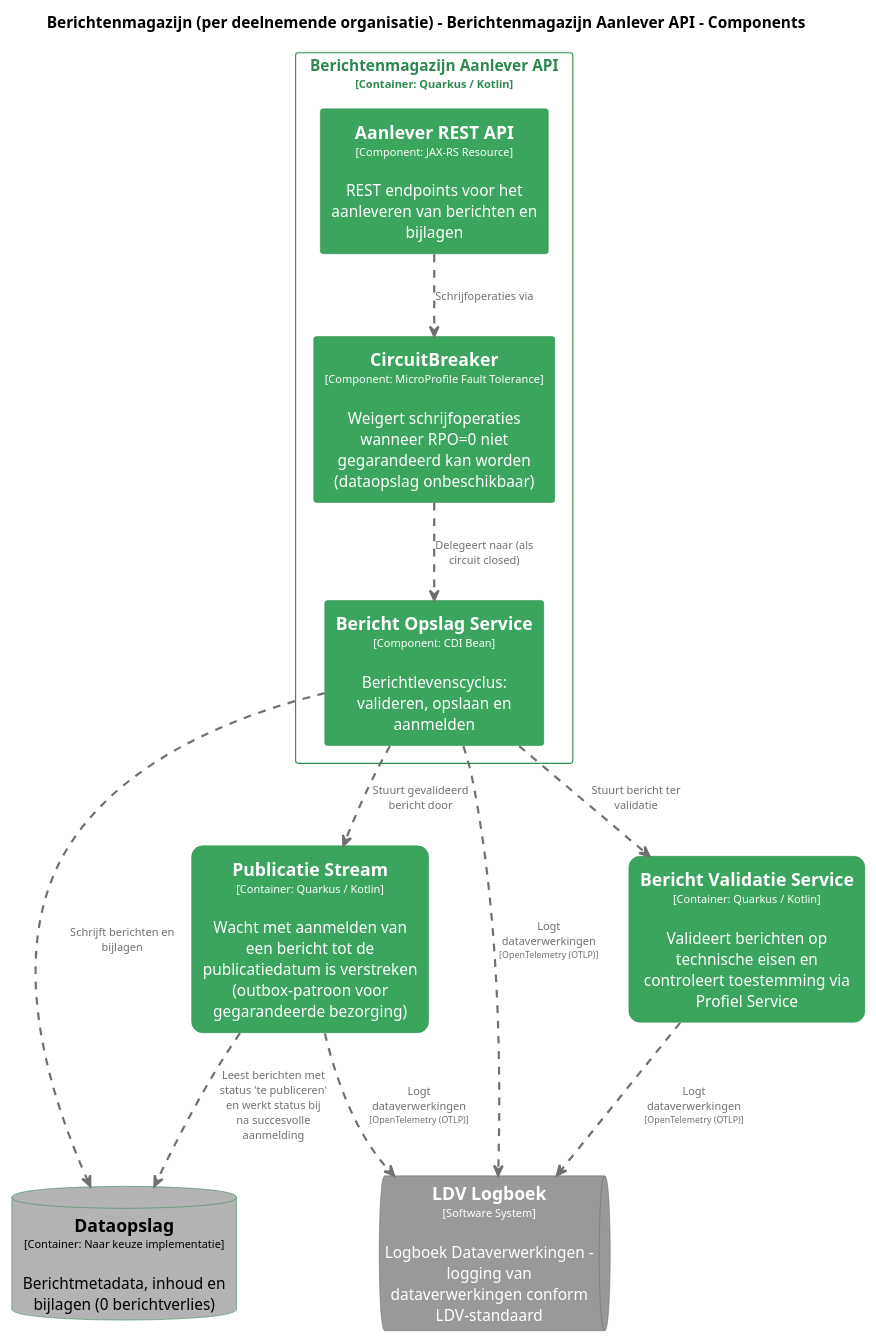
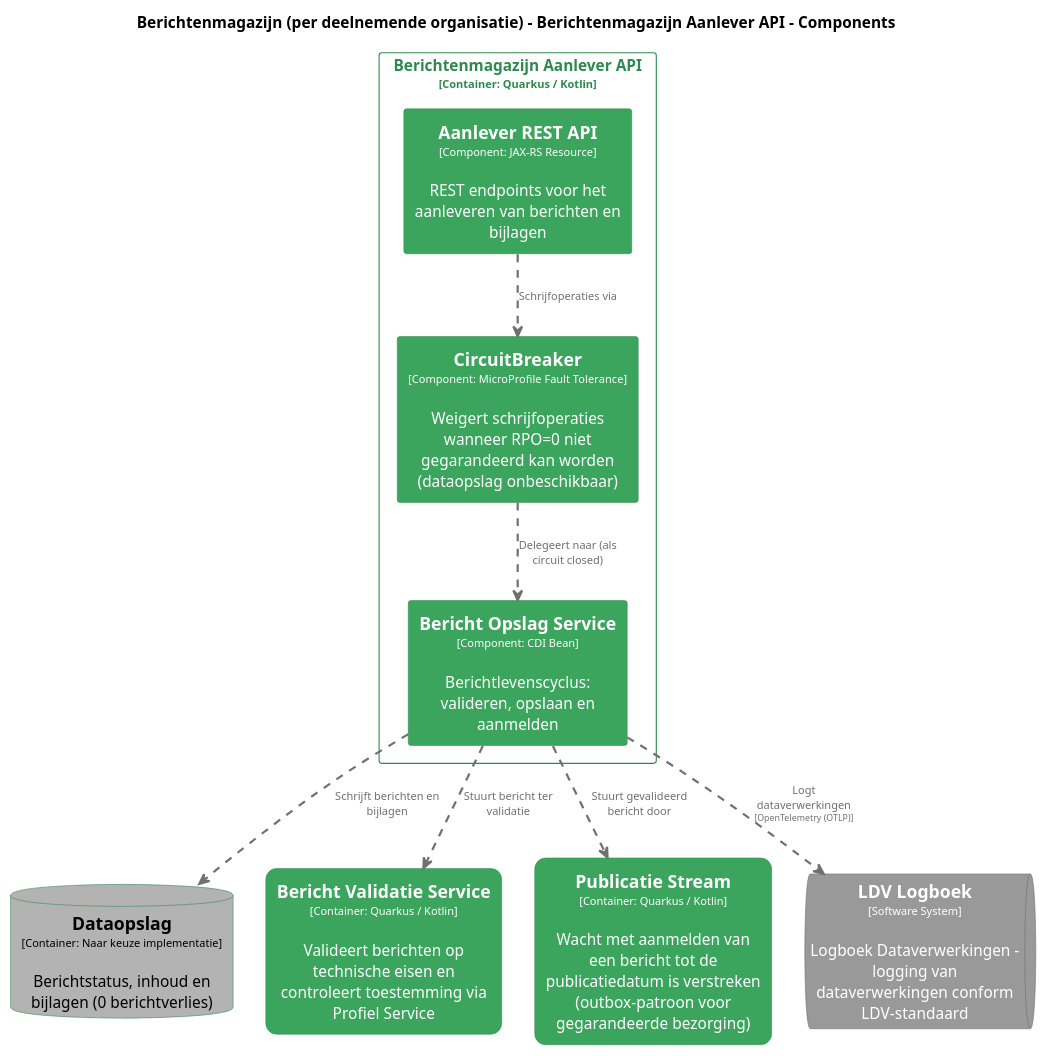
Before and after one commit to MinBZK/moza-poc-fbs-berichtenbox: the diagram in pr-preview/pr-22/master/puml/AanleverAPIComponenten.puml, drawn with PlantUML. The commit also changed 51 other files, not shown here.

```diff
--- a/pr-preview/pr-22/master/puml/AanleverAPIComponenten.puml
+++ b/pr-preview/pr-22/master/puml/AanleverAPIComponenten.puml
@@ -1,88 +1,85 @@
 @startuml
 set separator none
 title Berichtenmagazijn (per deelnemende organisatie) - Berichtenmagazijn Aanlever API - Components
 
 top to bottom direction
 skinparam ranksep 60
 skinparam nodesep 30
 
 skinparam {
   arrowFontSize 10
   defaultTextAlignment center
   wrapWidth 200
   maxMessageSize 100
 }
 
 hide stereotype
 
 skinparam rectangle<<Berichtenmagazijnperdeelnemendeorganisatie.BerichtenmagazijnAanleverAPI.AanleverRESTAPI>> {
   BackgroundColor #3ba55d
   FontColor #ffffff
   BorderColor #2d8a4e
   shadowing false
 }
 skinparam rectangle<<Berichtenmagazijnperdeelnemendeorganisatie.BerichtenmagazijnAanleverAPI.BerichtOpslagService>> {
   BackgroundColor #3ba55d
   FontColor #ffffff
   BorderColor #2d8a4e
   shadowing false
 }
 skinparam rectangle<<Berichtenmagazijnperdeelnemendeorganisatie.BerichtValidatieService>> {
   BackgroundColor #3ba55d
   FontColor #ffffff
   BorderColor #2d8a4e
   roundCorner 20
   shadowing false
 }
 skinparam rectangle<<Berichtenmagazijnperdeelnemendeorganisatie.BerichtenmagazijnAanleverAPI.CircuitBreaker>> {
   BackgroundColor #3ba55d
   FontColor #ffffff
   BorderColor #2d8a4e
   shadowing false
 }
 skinparam database<<Berichtenmagazijnperdeelnemendeorganisatie.Dataopslag>> {
   BackgroundColor #b3b3b3
   FontColor #000000
   BorderColor #2d8a4e
   shadowing false
 }
 skinparam queue<<LDVLogboek>> {
   BackgroundColor #999999
   FontColor #ffffff
   BorderColor #6b6b6b
   shadowing false
 }
 skinparam rectangle<<Berichtenmagazijnperdeelnemendeorganisatie.PublicatieStream>> {
   BackgroundColor #3ba55d
   FontColor #ffffff
   BorderColor #2d8a4e
   roundCorner 20
   shadowing false
 }
 skinparam rectangle<<Berichtenmagazijnperdeelnemendeorganisatie.BerichtenmagazijnAanleverAPI>> {
   BorderColor #2d8a4e
   FontColor #2d8a4e
   shadowing false
 }
 
-database "==Dataopslag\n<size:10>[Container: Naar keuze implementatie]</size>\n\nBerichtmetadata, inhoud en bijlagen (0 berichtverlies)" <<Berichtenmagazijnperdeelnemendeorganisatie.Dataopslag>> as Berichtenmagazijnperdeelnemendeorganisatie.Dataopslag
+database "==Dataopslag\n<size:10>[Container: Naar keuze implementatie]</size>\n\nBerichtstatus, inhoud en bijlagen (0 berichtverlies)" <<Berichtenmagazijnperdeelnemendeorganisatie.Dataopslag>> as Berichtenmagazijnperdeelnemendeorganisatie.Dataopslag
 rectangle "==Bericht Validatie Service\n<size:10>[Container: Quarkus / Kotlin]</size>\n\nValideert berichten op technische eisen en controleert toestemming via Profiel Service" <<Berichtenmagazijnperdeelnemendeorganisatie.BerichtValidatieService>> as Berichtenmagazijnperdeelnemendeorganisatie.BerichtValidatieService
 rectangle "==Publicatie Stream\n<size:10>[Container: Quarkus / Kotlin]</size>\n\nWacht met aanmelden van een bericht tot de publicatiedatum is verstreken (outbox-patroon voor gegarandeerde bezorging)" <<Berichtenmagazijnperdeelnemendeorganisatie.PublicatieStream>> as Berichtenmagazijnperdeelnemendeorganisatie.PublicatieStream
 queue "==LDV Logboek\n<size:10>[Software System]</size>\n\nLogboek Dataverwerkingen - logging van dataverwerkingen conform LDV-standaard" <<LDVLogboek>> as LDVLogboek
 
 rectangle "Berichtenmagazijn Aanlever API\n<size:10>[Container: Quarkus / Kotlin]</size>" <<Berichtenmagazijnperdeelnemendeorganisatie.BerichtenmagazijnAanleverAPI>> {
   rectangle "==Aanlever REST API\n<size:10>[Component: JAX-RS Resource]</size>\n\nREST endpoints voor het aanleveren van berichten en bijlagen" <<Berichtenmagazijnperdeelnemendeorganisatie.BerichtenmagazijnAanleverAPI.AanleverRESTAPI>> as Berichtenmagazijnperdeelnemendeorganisatie.BerichtenmagazijnAanleverAPI.AanleverRESTAPI
   rectangle "==CircuitBreaker\n<size:10>[Component: MicroProfile Fault Tolerance]</size>\n\nWeigert schrijfoperaties wanneer RPO=0 niet gegarandeerd kan worden (dataopslag onbeschikbaar)" <<Berichtenmagazijnperdeelnemendeorganisatie.BerichtenmagazijnAanleverAPI.CircuitBreaker>> as Berichtenmagazijnperdeelnemendeorganisatie.BerichtenmagazijnAanleverAPI.CircuitBreaker
   rectangle "==Bericht Opslag Service\n<size:10>[Component: CDI Bean]</size>\n\nBerichtlevenscyclus: valideren, opslaan en aanmelden" <<Berichtenmagazijnperdeelnemendeorganisatie.BerichtenmagazijnAanleverAPI.BerichtOpslagService>> as Berichtenmagazijnperdeelnemendeorganisatie.BerichtenmagazijnAanleverAPI.BerichtOpslagService
 }
 
 Berichtenmagazijnperdeelnemendeorganisatie.BerichtenmagazijnAanleverAPI.BerichtOpslagService .[#707070,thickness=2].> LDVLogboek : "<color:#707070>Logt dataverwerkingen\n<color:#707070><size:8>[OpenTelemetry (OTLP)]</size>"
-Berichtenmagazijnperdeelnemendeorganisatie.BerichtValidatieService .[#707070,thickness=2].> LDVLogboek : "<color:#707070>Logt dataverwerkingen\n<color:#707070><size:8>[OpenTelemetry (OTLP)]</size>"
-Berichtenmagazijnperdeelnemendeorganisatie.PublicatieStream .[#707070,thickness=2].> LDVLogboek : "<color:#707070>Logt dataverwerkingen\n<color:#707070><size:8>[OpenTelemetry (OTLP)]</size>"
 Berichtenmagazijnperdeelnemendeorganisatie.BerichtenmagazijnAanleverAPI.AanleverRESTAPI .[#707070,thickness=2].> Berichtenmagazijnperdeelnemendeorganisatie.BerichtenmagazijnAanleverAPI.CircuitBreaker : "<color:#707070>Schrijfoperaties via"
 Berichtenmagazijnperdeelnemendeorganisatie.BerichtenmagazijnAanleverAPI.CircuitBreaker .[#707070,thickness=2].> Berichtenmagazijnperdeelnemendeorganisatie.BerichtenmagazijnAanleverAPI.BerichtOpslagService : "<color:#707070>Delegeert naar (als circuit closed)"
 Berichtenmagazijnperdeelnemendeorganisatie.BerichtenmagazijnAanleverAPI.BerichtOpslagService .[#707070,thickness=2].> Berichtenmagazijnperdeelnemendeorganisatie.Dataopslag : "<color:#707070>Schrijft berichten en bijlagen"
 Berichtenmagazijnperdeelnemendeorganisatie.BerichtenmagazijnAanleverAPI.BerichtOpslagService .[#707070,thickness=2].> Berichtenmagazijnperdeelnemendeorganisatie.BerichtValidatieService : "<color:#707070>Stuurt bericht ter validatie"
 Berichtenmagazijnperdeelnemendeorganisatie.BerichtenmagazijnAanleverAPI.BerichtOpslagService .[#707070,thickness=2].> Berichtenmagazijnperdeelnemendeorganisatie.PublicatieStream : "<color:#707070>Stuurt gevalideerd bericht door"
-Berichtenmagazijnperdeelnemendeorganisatie.PublicatieStream .[#707070,thickness=2].> Berichtenmagazijnperdeelnemendeorganisatie.Dataopslag : "<color:#707070>Leest berichten met status 'te publiceren' en werkt status bij na succesvolle aanmelding"
 @enduml
```
